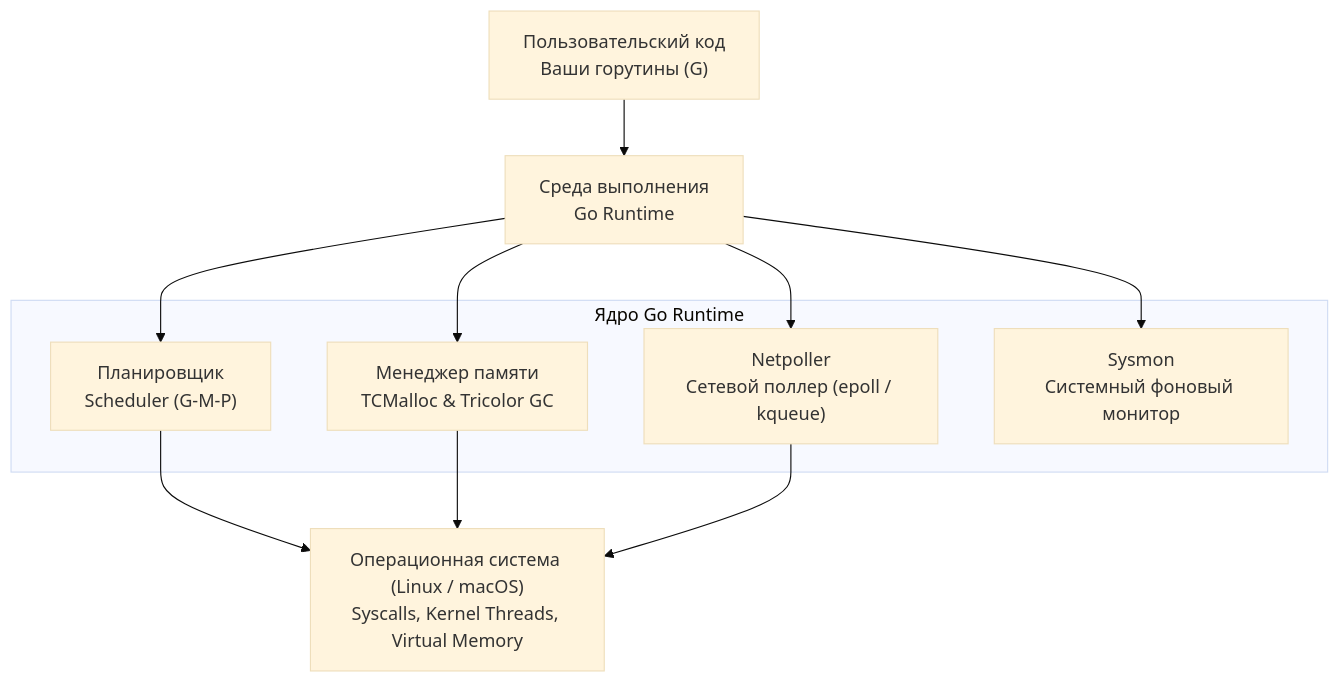
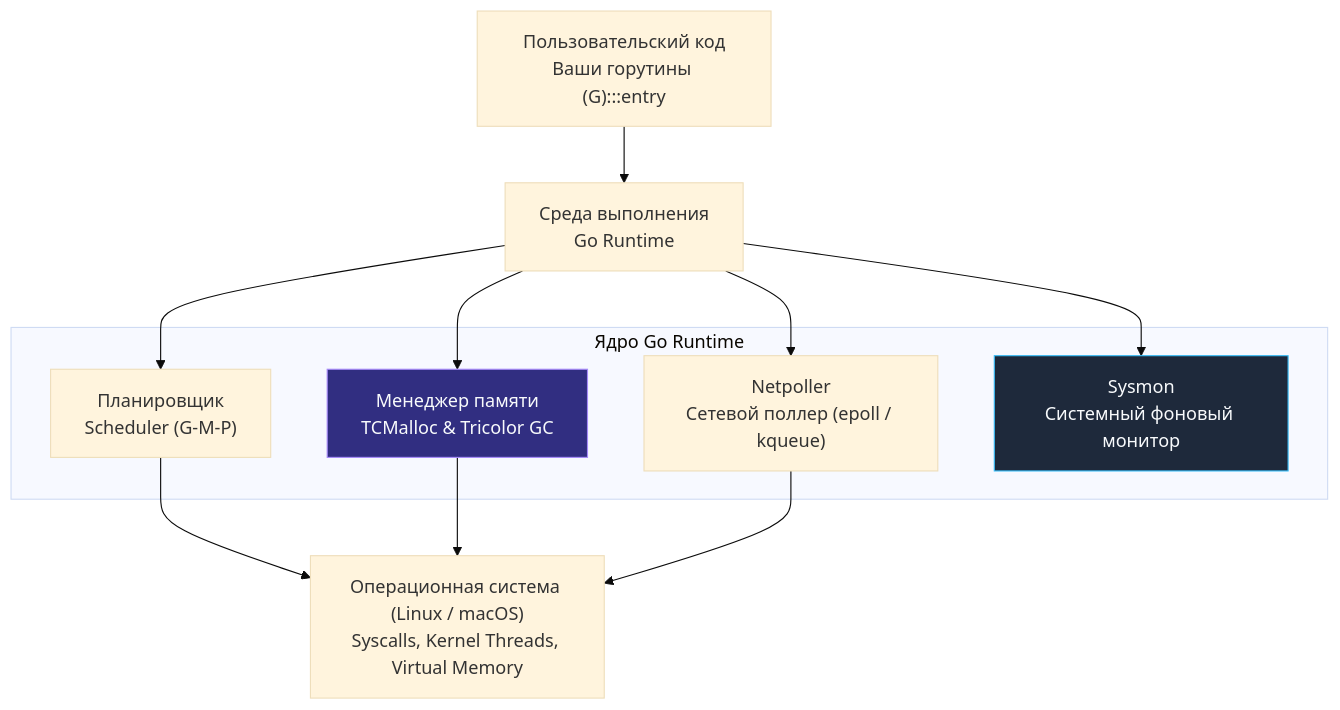
Before and after one commit to UnrealTemplier/go-textbook: the diagram in sources/7. Глубокий Go (Внутреннее устройство)/8. Go runtime. Главные компоненты рантайма.md, drawn with Mermaid (base theme). The commit also changed 1666 other files, not shown here.

First line of the commit message:
feat(mermaid): add semantic color classDef to 1369 colorless flowchart/graph diagrams

````diff
--- a/sources/7. Глубокий Go (Внутреннее устройство)/8. Go runtime. Главные компоненты рантайма.md
+++ b/sources/7. Глубокий Go (Внутреннее устройство)/8. Go runtime. Главные компоненты рантайма.md
@@ -15,20 +15,30 @@
 ```mermaid
 flowchart TD
-    APP["Пользовательский код<br>Ваши горутины (G)"] --> RT["Среда выполнения<br>Go Runtime"]
+    classDef process  fill:#1e293b,stroke:#38bdf8,stroke-width:1px,color:#f8fafc
+    classDef success  fill:#064e3b,stroke:#34d399,stroke-width:1px,color:#f8fafc
+    classDef error    fill:#7f1d1d,stroke:#f87171,stroke-width:1px,color:#f8fafc
+    classDef warning  fill:#78350f,stroke:#fbbf24,stroke-width:1px,color:#f8fafc
+    classDef entry    fill:#1e3a5f,stroke:#38bdf8,stroke-width:2px,color:#f8fafc
+    classDef aux      fill:#334155,stroke:#64748b,stroke-width:1px,color:#f8fafc
+    classDef system   fill:#312e81,stroke:#a78bfa,stroke-width:1px,color:#f8fafc
+    classDef data     fill:#132d29,stroke:#2dd4bf,stroke-width:1px,color:#f8fafc
+    classDef network  fill:#881337,stroke:#fb7185,stroke-width:1px,color:#f8fafc
+    classDef accent   fill:#1e1b4b,stroke:#818cf8,stroke-width:1px,color:#f8fafc
+    APP["Пользовательский код<br>Ваши горутины (G):::entry"] --> RT["Среда выполнения<br>Go Runtime"]
     
     subgraph RUNTIME ["Ядро Go Runtime"]
         SCHED["Планировщик<br>Scheduler (G-M-P)"]
-        MEM["Менеджер памяти<br>TCMalloc & Tricolor GC"]
+        MEM["Менеджер памяти<br>TCMalloc & Tricolor GC"]:::system
         NET["Netpoller<br>Сетевой поллер (epoll / kqueue)"]
-        SYS["Sysmon<br>Системный фоновый монитор"]
+        SYS["Sysmon<br>Системный фоновый монитор"]:::process
     end
     
     RT --> SCHED
     RT --> MEM
     RT --> NET
     RT --> SYS
     
     SCHED --> OS["Операционная система (Linux / macOS)<br>Syscalls, Kernel Threads, Virtual Memory"]
     MEM --> OS
     NET --> OS
 ```
````
